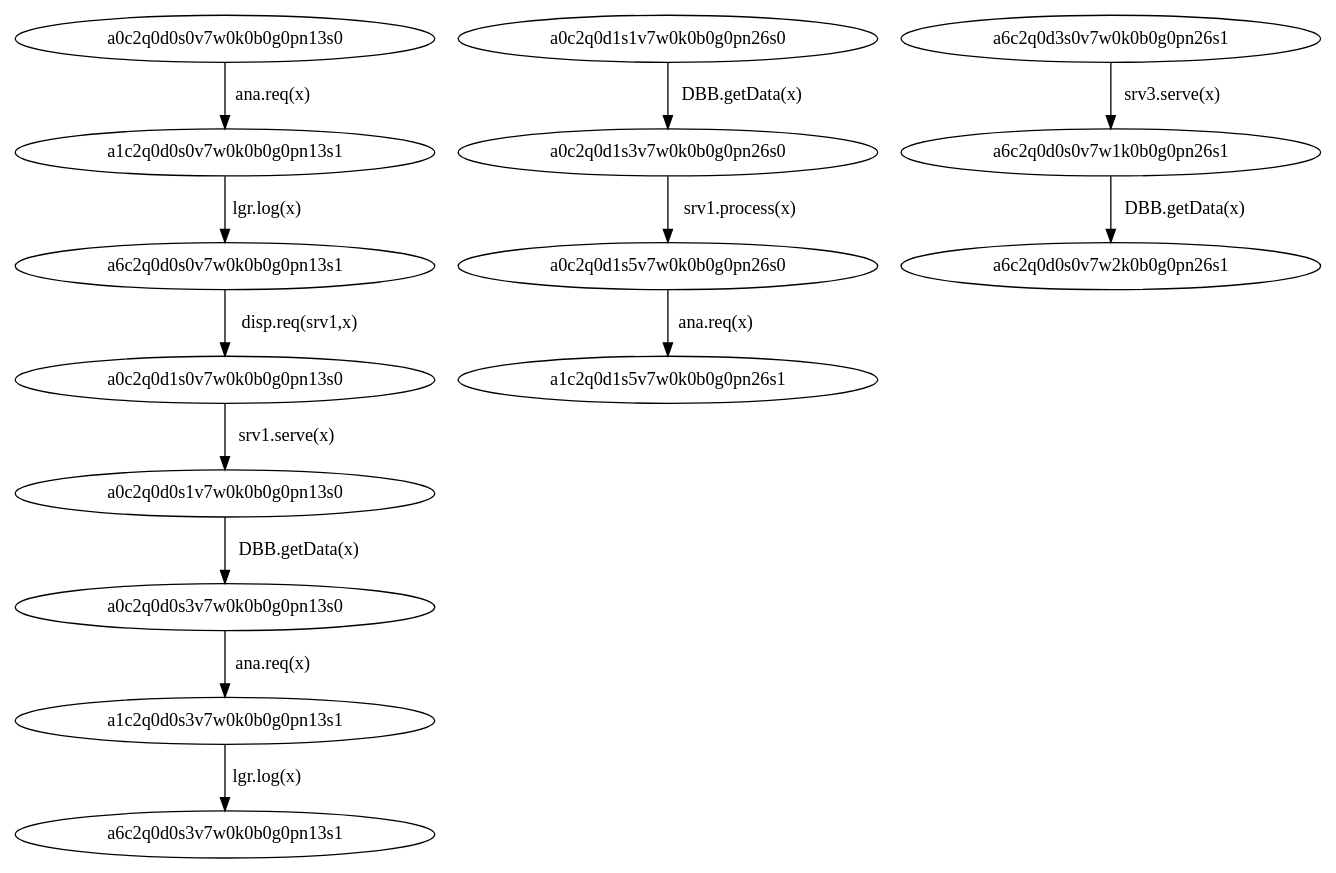
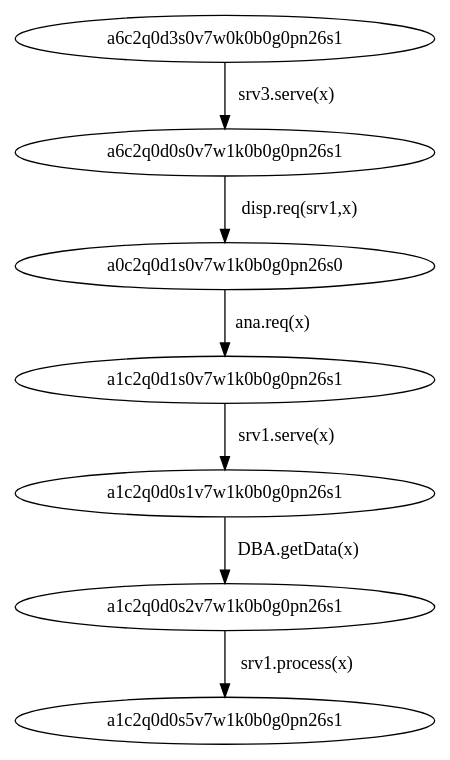
One commit to nargeskh/ControllerSynthesis changed the diagram in output/adaptorpn.dot. Above: the diagram before and after it, drawn with Graphviz. The commit also changed 23 other files, not shown here.

```diff
--- a/output/adaptorpn.dot
+++ b/output/adaptorpn.dot
@@ -1,15 +1,9 @@
 digraph { 
-a6c2q0d0s0v7w0k0b0g0pn13s1->a0c2q0d1s0v7w0k0b0g0pn13s0[label= "disp.req(srv1,x)"];
-a0c2q0d0s3v7w0k0b0g0pn13s0->a1c2q0d0s3v7w0k0b0g0pn13s1[label= "ana.req(x)"];
-a0c2q0d1s5v7w0k0b0g0pn26s0->a1c2q0d1s5v7w0k0b0g0pn26s1[label= "ana.req(x)"];
-a1c2q0d0s3v7w0k0b0g0pn13s1->a6c2q0d0s3v7w0k0b0g0pn13s1[label= "lgr.log(x)"];
-a0c2q0d1s0v7w0k0b0g0pn13s0->a0c2q0d0s1v7w0k0b0g0pn13s0[label= "srv1.serve(x)"];
-a0c2q0d1s1v7w0k0b0g0pn26s0->a0c2q0d1s3v7w0k0b0g0pn26s0[label= "DBB.getData(x)"];
+a1c2q0d1s0v7w1k0b0g0pn26s1->a1c2q0d0s1v7w1k0b0g0pn26s1[label= "srv1.serve(x)"];
+a6c2q0d0s0v7w1k0b0g0pn26s1->a0c2q0d1s0v7w1k0b0g0pn26s0[label= "disp.req(srv1,x)"];
+a1c2q0d0s1v7w1k0b0g0pn26s1->a1c2q0d0s2v7w1k0b0g0pn26s1[label= "DBA.getData(x)"];
+a0c2q0d1s0v7w1k0b0g0pn26s0->a1c2q0d1s0v7w1k0b0g0pn26s1[label= "ana.req(x)"];
+a1c2q0d0s2v7w1k0b0g0pn26s1->a1c2q0d0s5v7w1k0b0g0pn26s1[label= "srv1.process(x)"];
 a6c2q0d3s0v7w0k0b0g0pn26s1->a6c2q0d0s0v7w1k0b0g0pn26s1[label= "srv3.serve(x)"];
-a6c2q0d0s0v7w1k0b0g0pn26s1->a6c2q0d0s0v7w2k0b0g0pn26s1[label= "DBB.getData(x)"];
-a0c2q0d1s3v7w0k0b0g0pn26s0->a0c2q0d1s5v7w0k0b0g0pn26s0[label= "srv1.process(x)"];
-a1c2q0d0s0v7w0k0b0g0pn13s1->a6c2q0d0s0v7w0k0b0g0pn13s1[label= "lgr.log(x)"];
-a0c2q0d0s1v7w0k0b0g0pn13s0->a0c2q0d0s3v7w0k0b0g0pn13s0[label= "DBB.getData(x)"];
-a0c2q0d0s0v7w0k0b0g0pn13s0->a1c2q0d0s0v7w0k0b0g0pn13s1[label= "ana.req(x)"];
 
 }
```
